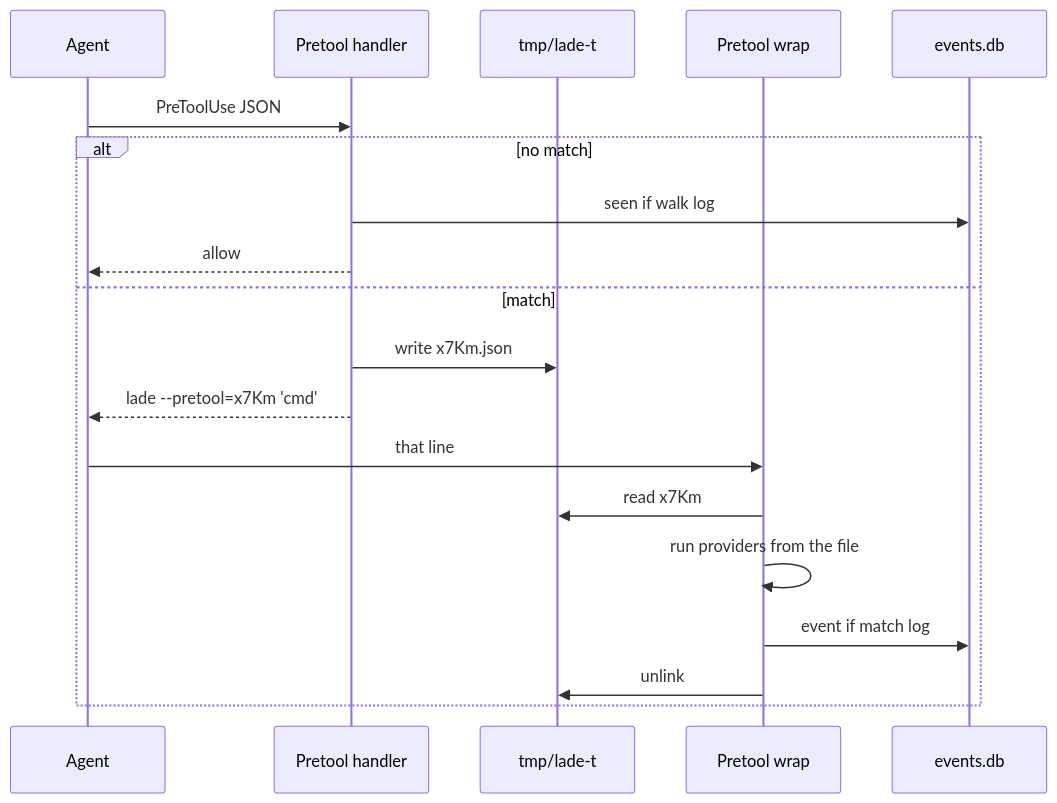
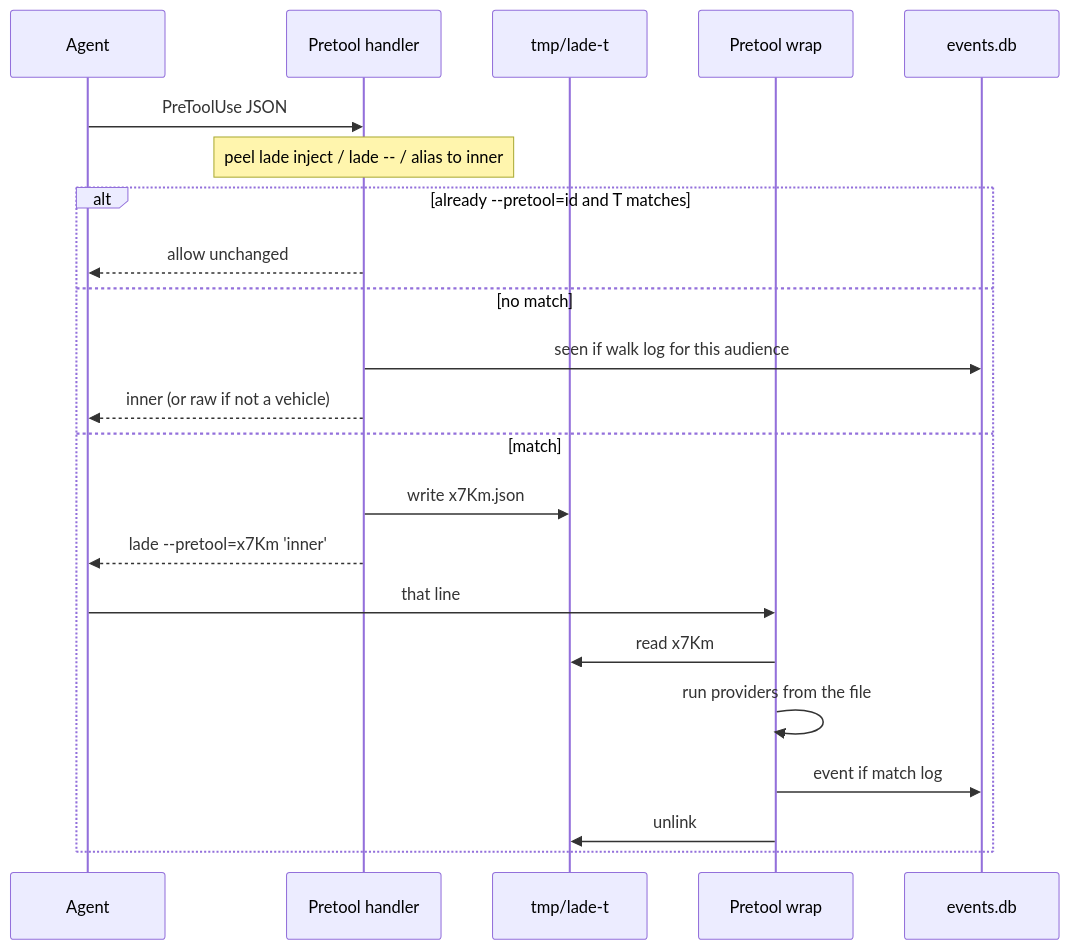
One commit to zifeo/lade changed the first of 2 diagrams in docs/protocol.md. Above: the diagram before and after it, drawn with Mermaid. The commit also changed other lines of this file and 47 other files, not shown here.

First line of the commit message:
fix: peel inject, serve the wrap key, and time each provider (#224)

````diff
--- a/docs/protocol.md
+++ b/docs/protocol.md
@@ -48,22 +48,25 @@
 ```mermaid
 sequenceDiagram
     participant Agent
     participant Handler as Pretool handler
     participant Tmp as tmp/lade-t
     participant Wrap as Pretool wrap
     participant Db as events.db
 
     Agent->>Handler: PreToolUse JSON
-    alt no match
-        Handler->>Db: seen if walk log
-        Handler-->>Agent: allow
+    Note over Handler: peel lade inject / lade -- / alias to inner
+    alt already --pretool=id and T matches
+        Handler-->>Agent: allow unchanged
+    else no match
+        Handler->>Db: seen if walk log for this audience
+        Handler-->>Agent: inner (or raw if not a vehicle)
     else match
         Handler->>Tmp: write x7Km.json
-        Handler-->>Agent: lade --pretool=x7Km 'cmd'
+        Handler-->>Agent: lade --pretool=x7Km 'inner'
         Agent->>Wrap: that line
         Wrap->>Tmp: read x7Km
         Wrap->>Wrap: run providers from the file
         Wrap->>Db: event if match log
         Wrap->>Tmp: unlink
     end
 ```
````
